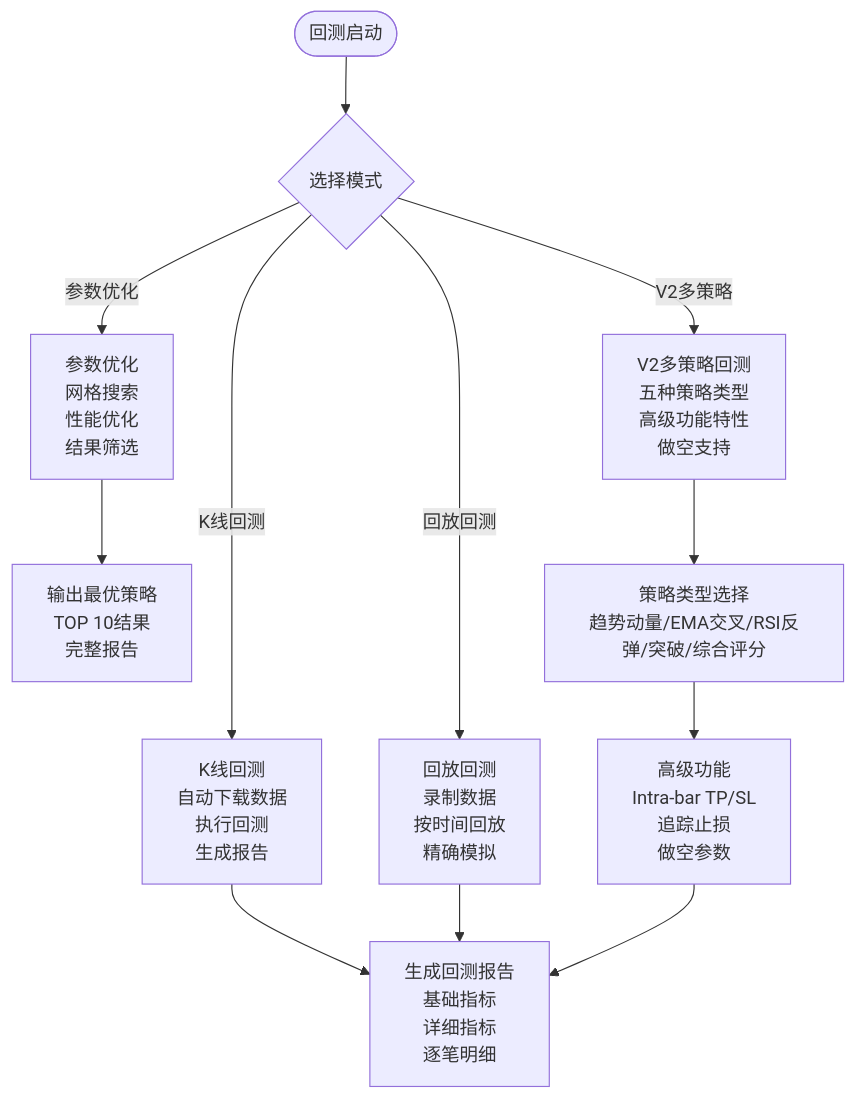
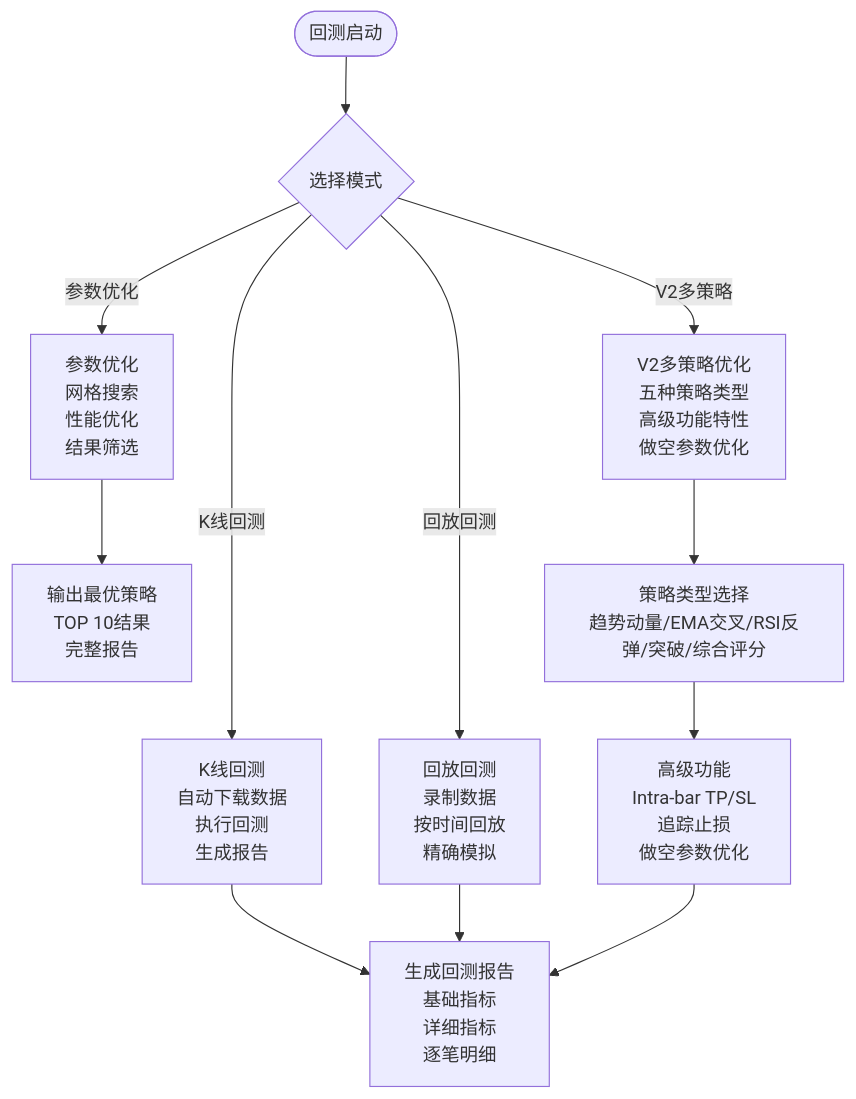
Before and after one commit to Heres1/binanceWebsocket: the fourth of 6 diagrams in .qoder/repowiki/zh/content/部署运维/部署配置.md, drawn with Mermaid. The commit also changed other lines of this file and 7 other files, not shown here.

````diff
--- a/.qoder/repowiki/zh/content/部署运维/部署配置.md
+++ b/.qoder/repowiki/zh/content/部署运维/部署配置.md
@@ -271,14 +272,14 @@
 ```mermaid
 flowchart TD
 Start(["回测启动"]) --> Mode{"选择模式"}
 Mode --> |K线回测| Kline["K线回测<br/>自动下载数据<br/>执行回测<br/>生成报告"]
 Mode --> |参数优化| Optimize["参数优化<br/>网格搜索<br/>性能优化<br/>结果筛选"]
 Mode --> |回放回测| Replay["回放回测<br/>录制数据<br/>按时间回放<br/>精确模拟"]
-Mode --> |V2多策略| V2["V2多策略回测<br/>五种策略类型<br/>高级功能特性<br/>做空支持"]
+Mode --> |V2多策略| V2["V2多策略优化<br/>五种策略类型<br/>高级功能特性<br/>做空参数优化"]
 Kline --> Report["生成回测报告<br/>基础指标<br/>详细指标<br/>逐笔明细"]
 Optimize --> Best["输出最优策略<br/>TOP 10结果<br/>完整报告"]
 Replay --> Report
 V2 --> StrategyTypes["策略类型选择<br/>趋势动量/EMA交叉/RSI反弹/突破/综合评分"]
-StrategyTypes --> Advanced["高级功能<br/>Intra-bar TP/SL<br/>追踪止损<br/>做空参数"]
+StrategyTypes --> Advanced["高级功能<br/>Intra-bar TP/SL<br/>追踪止损<br/>做空参数优化"]
 Advanced --> Report
 ```
````
